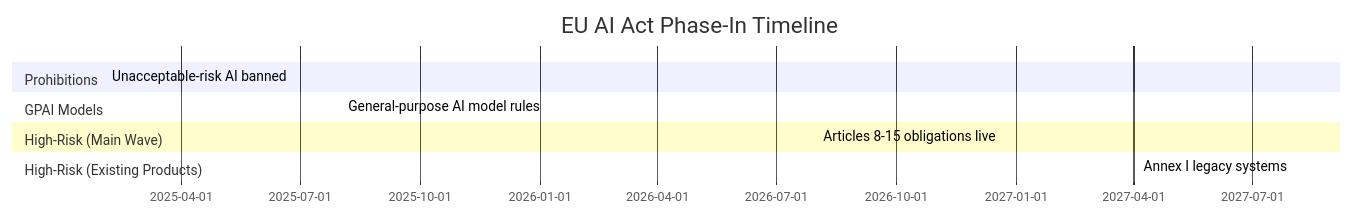
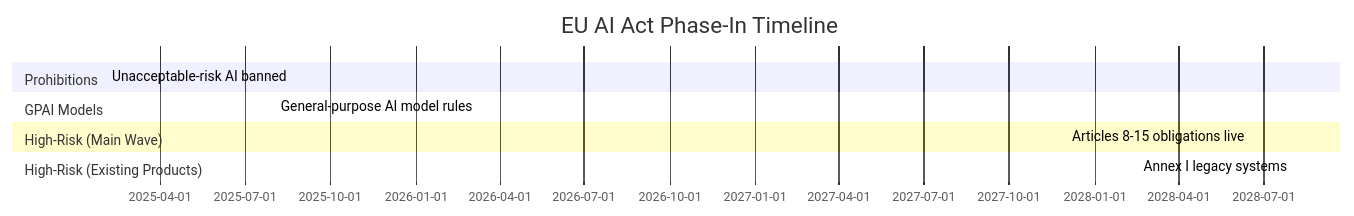
The diagram in book/ch9-why-this-law-exists.md (S0tman/irp-capture), drawn with Mermaid before and after one commit. The commit also changed other lines of this file and 1 other file, not shown here.

````diff
--- a/book/ch9-why-this-law-exists.md
+++ b/book/ch9-why-this-law-exists.md
@@ -44,13 +44,13 @@
 ```mermaid
 gantt
     title EU AI Act Phase-In Timeline
     dateFormat  YYYY-MM-DD
     section Prohibitions
     Unacceptable-risk AI banned     :done, 2025-02-02, 2025-02-02
     section GPAI Models
     General-purpose AI model rules  :done, 2025-08-02, 2025-08-02
     section High-Risk (Main Wave)
-    Articles 8-15 obligations live  :active, 2026-08-02, 2026-08-02
+    Articles 8-15 obligations live  :active, 2027-12-02, 2027-12-02
     section High-Risk (Existing Products)
-    Annex I legacy systems          :2027-08-02, 2027-08-02
+    Annex I legacy systems          :2028-08-02, 2028-08-02
 ```
````
